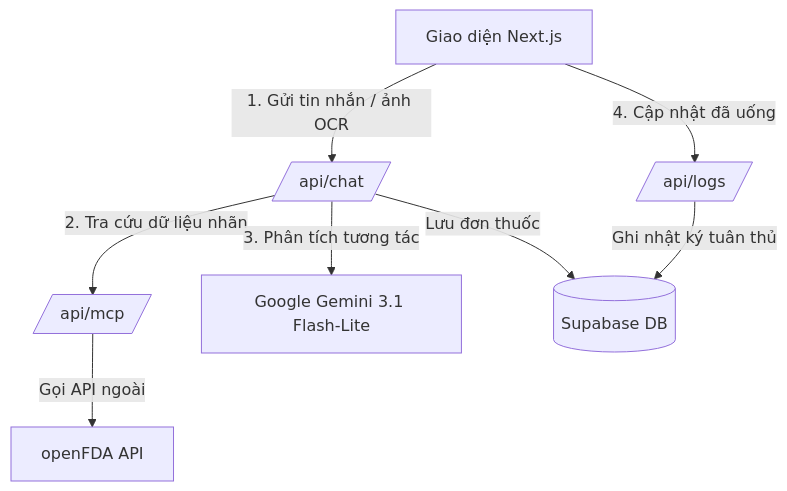
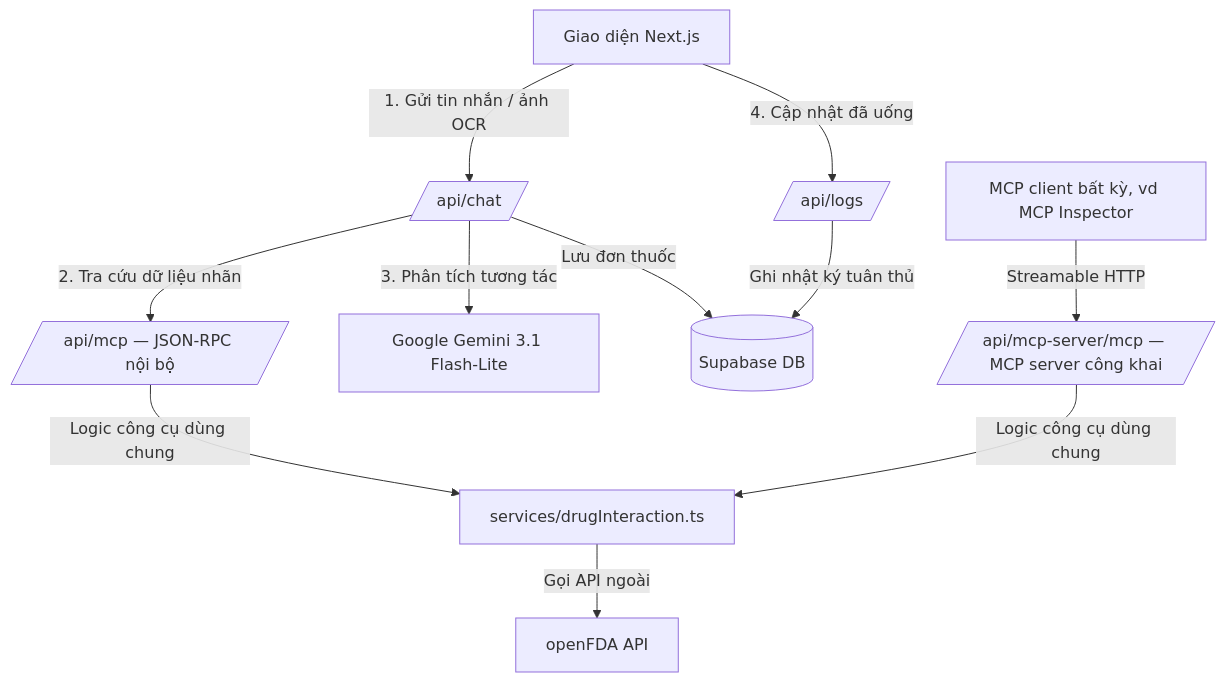
The first of 2 diagrams in architecture.vi.md (lnkhanhtdtu/MediMate-AI), drawn with Mermaid before and after one commit. The commit also changed other lines of this file and 15 other files, not shown here.

First line of the commit message:
feat: spec-compliant MCP server, Gemini CLI agent skills, ERD + docs sync

````diff
--- a/architecture.vi.md
+++ b/architecture.vi.md
@@ -13,10 +13,13 @@
 ```mermaid
 graph TD
     Client[Giao diện Next.js] -->|1. Gửi tin nhắn / ảnh OCR| ChatAPI[/api/chat/]
     Client -->|4. Cập nhật đã uống| LogsAPI[/api/logs/]
-    ChatAPI -->|2. Tra cứu dữ liệu nhãn| MCP[/api/mcp/]
-    MCP -->|Gọi API ngoài| OpenFDA[openFDA API]
+    ChatAPI -->|2. Tra cứu dữ liệu nhãn| MCP[/api/mcp — JSON-RPC nội bộ/]
+    MCP -->|Logic công cụ dùng chung| Svc[services/drugInteraction.ts]
+    MCPServer[/api/mcp-server/mcp — MCP server công khai/] -->|Logic công cụ dùng chung| Svc
+    Svc -->|Gọi API ngoài| OpenFDA[openFDA API]
+    ExtClient[MCP client bất kỳ, vd MCP Inspector] -->|Streamable HTTP| MCPServer
     ChatAPI -->|3. Phân tích tương tác| Gemini[Google Gemini 3.1 Flash-Lite]
     ChatAPI -->|Lưu đơn thuốc| DB[(Supabase DB)]
     LogsAPI -->|Ghi nhật ký tuân thủ| DB
 ```
````
